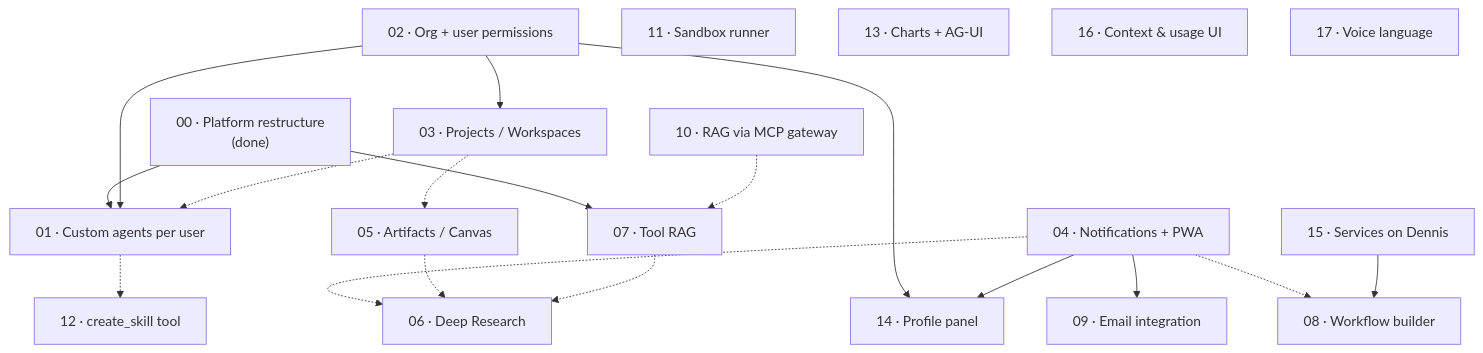
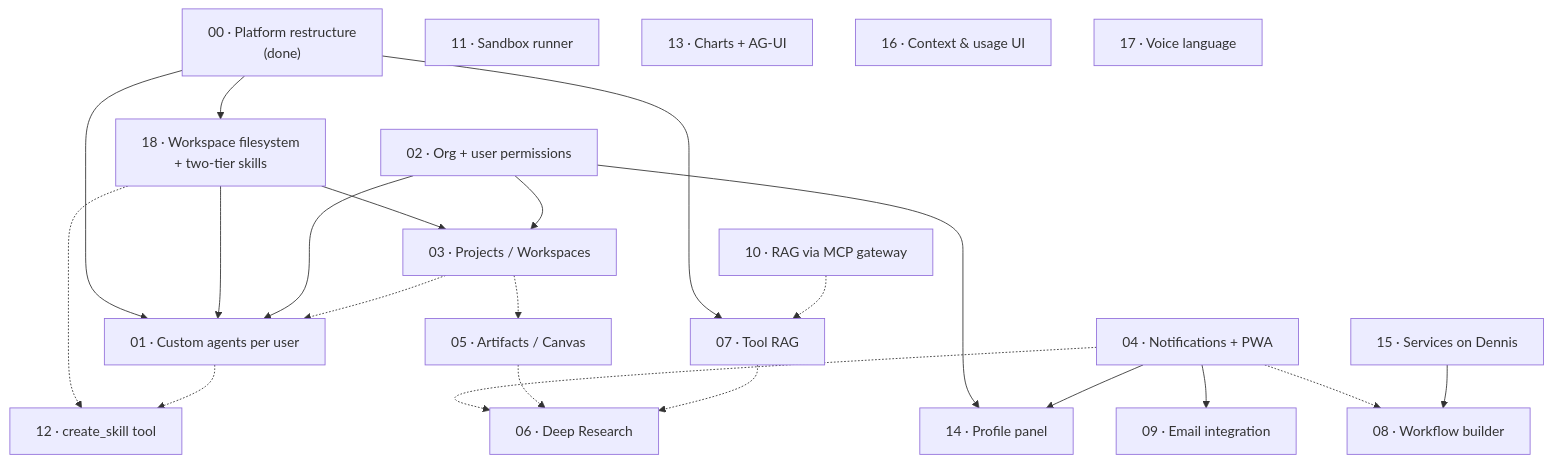
The diagram in docs/plans/README.md (konstantinosmpouros/mAgenticX), drawn with Mermaid before and after one commit. The commit also changed other lines of this file and 19 other files, not shown here.

````diff
--- a/docs/plans/README.md
+++ b/docs/plans/README.md
@@ -48,24 +49,27 @@
 ```mermaid
 flowchart TD
     P00["00 · Platform restructure<br/>(done)"] --> P01["01 · Custom agents per user"]
     P00 --> P07["07 · Tool RAG"]
+    P00 --> P18["18 · Workspace filesystem<br/>+ two-tier skills"]
+    P18 --> P01
+    P18 --> P03["03 · Projects / Workspaces"]
+    P18 -.-> P12["12 · create_skill tool"]
     P02["02 · Org + user permissions"] --> P01
-    P02 --> P03["03 · Projects / Workspaces"]
+    P02 --> P03
     P02 --> P14["14 · Profile panel"]
     P03 -.-> P01
     P03 -.-> P05["05 · Artifacts / Canvas"]
     P04["04 · Notifications + PWA"] --> P14
     P04 --> P09["09 · Email integration"]
     P04 -.-> P06["06 · Deep Research"]
     P04 -.-> P08["08 · Workflow builder"]
     P05 -.-> P06
     P07 -.-> P06
     P15["15 · Services on Dennis"] --> P08
     P10["10 · RAG via MCP gateway"] -.-> P07
-    P12["12 · create_skill tool"]
     P01 -.-> P12
     P11["11 · Sandbox runner"]
     P13["13 · Charts + AG-UI"]
     P16["16 · Context & usage UI"]
     P17["17 · Voice language"]
 ```
````
